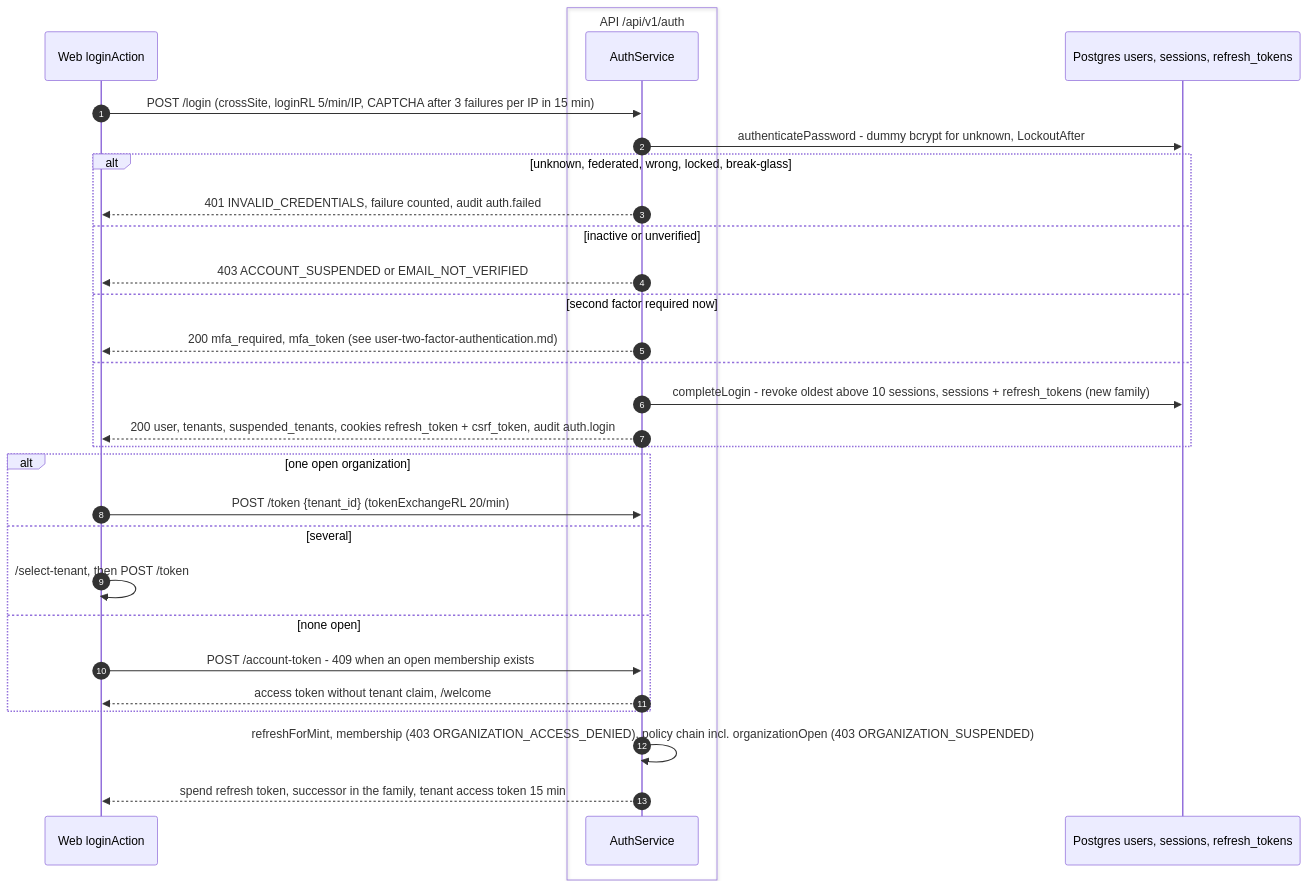
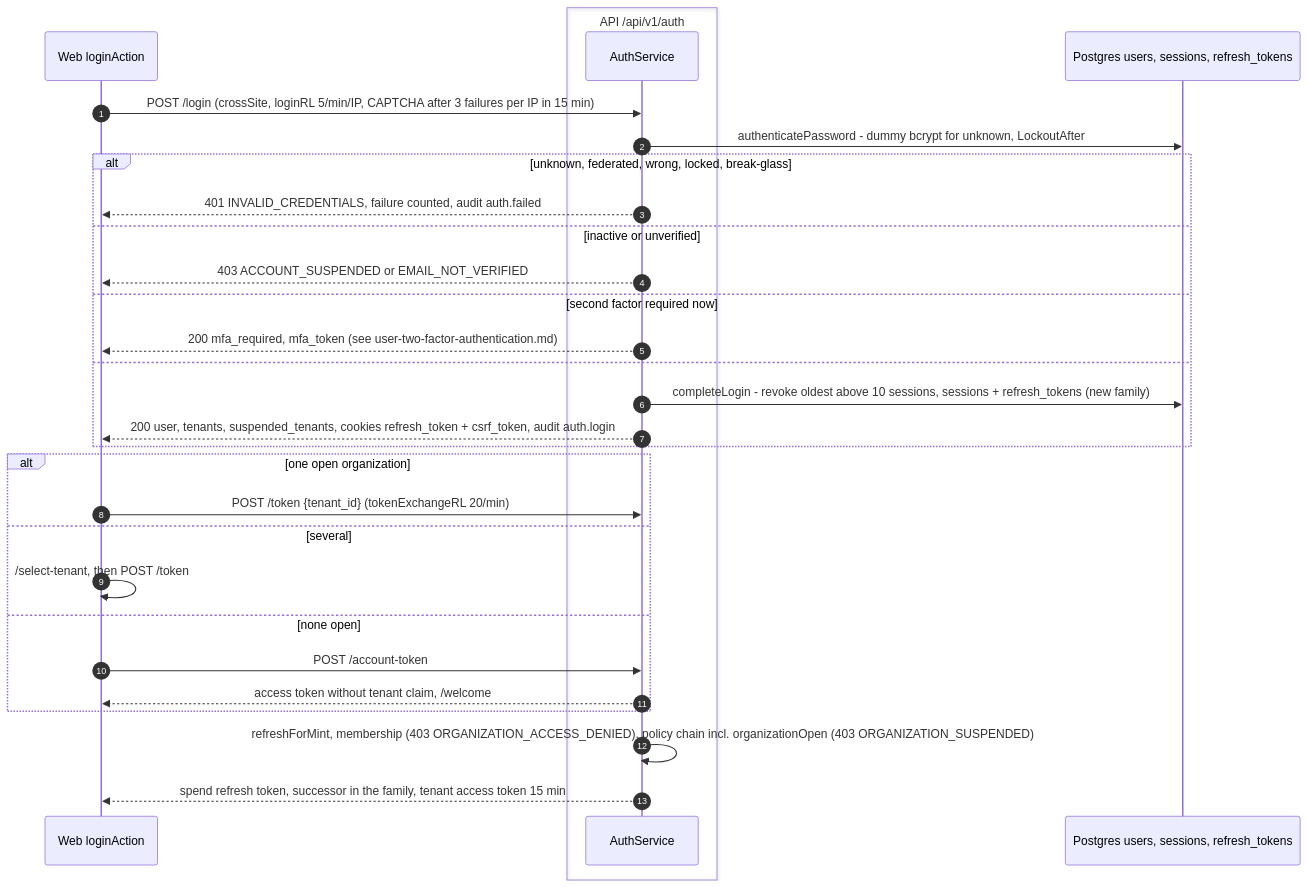
The diagram in server/docs/architecture/tenantless-account-space.md (openctemio/openctem), drawn with Mermaid before and after one commit. The commit also changed other lines of this file and 45 other files, not shown here.

````diff
--- a/server/docs/architecture/tenantless-account-space.md
+++ b/server/docs/architecture/tenantless-account-space.md
@@ -11,31 +11,31 @@
 ```mermaid
 sequenceDiagram
     autonumber
     participant W as Web loginAction
     box API /api/v1/auth
     participant A as AuthService
     end
     participant DB as Postgres users, sessions, refresh_tokens
     W->>A: POST /login (crossSite, loginRL 5/min/IP, CAPTCHA after 3 failures per IP in 15 min)
     A->>DB: authenticatePassword - dummy bcrypt for unknown, LockoutAfter
     alt unknown, federated, wrong, locked, break-glass
         A-->>W: 401 INVALID_CREDENTIALS, failure counted, audit auth.failed
     else inactive or unverified
         A-->>W: 403 ACCOUNT_SUSPENDED or EMAIL_NOT_VERIFIED
     else second factor required now
         A-->>W: 200 mfa_required, mfa_token (see user-two-factor-authentication.md)
     else
         A->>DB: completeLogin - revoke oldest above 10 sessions, sessions + refresh_tokens (new family)
         A-->>W: 200 user, tenants, suspended_tenants, cookies refresh_token + csrf_token, audit auth.login
     end
     alt one open organization
         W->>A: POST /token {tenant_id} (tokenExchangeRL 20/min)
     else several
         W->>W: /select-tenant, then POST /token
     else none open
-        W->>A: POST /account-token - 409 when an open membership exists
+        W->>A: POST /account-token
         A-->>W: access token without tenant claim, /welcome
     end
     A->>A: refreshForMint, membership (403 ORGANIZATION_ACCESS_DENIED), policy chain incl. organizationOpen (403 ORGANIZATION_SUSPENDED)
     A-->>W: spend refresh token, successor in the family, tenant access token 15 min
 ```
````
